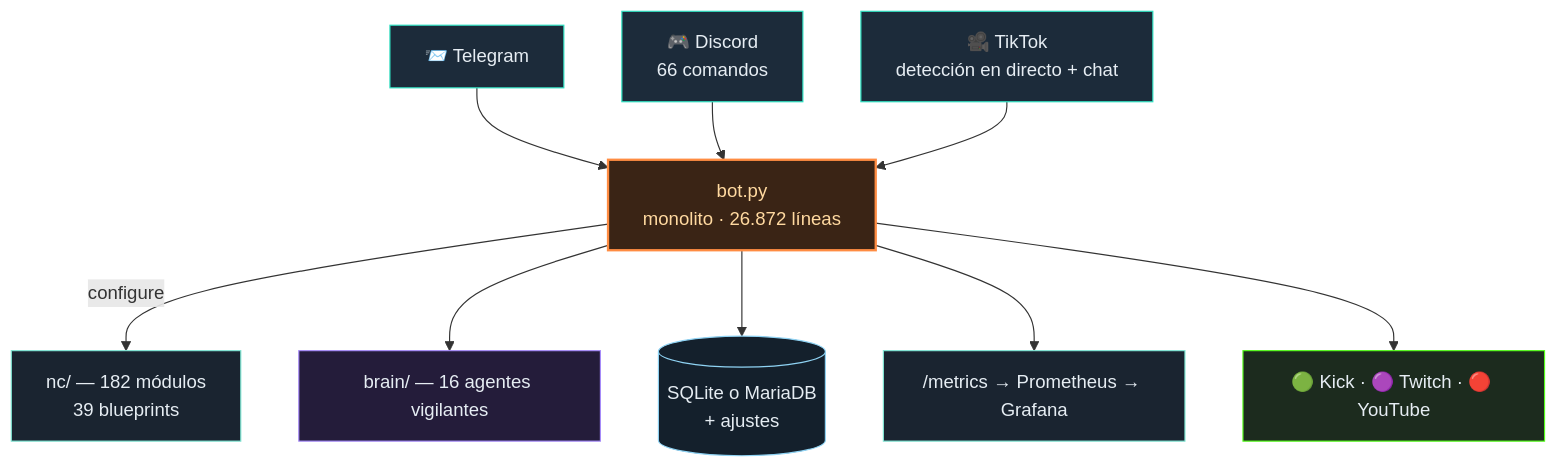
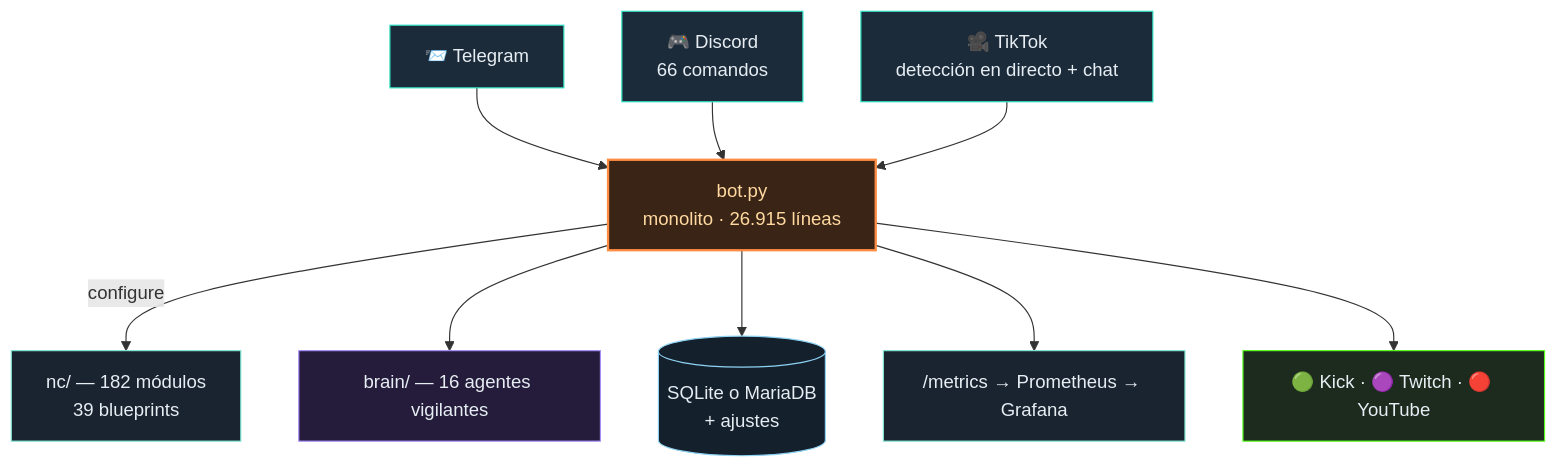
Before and after one commit to itsamemedev/Telegram-Stream-Info-Bot: the diagram in README.es.md, drawn with Mermaid. The commit also changed other lines of this file and 14 other files, not shown here.

````diff
--- a/README.es.md
+++ b/README.es.md
@@ -64,18 +64,18 @@
 ```mermaid
 flowchart TB
     TG["📨 Telegram"]:::ein --> BOT
     DC["🎮 Discord<br/>66 comandos"]:::ein --> BOT
     TT["🎥 TikTok<br/>detección en directo + chat"]:::ein --> BOT
-    BOT["bot.py<br/>monolito · 26.872 líneas"]:::core
+    BOT["bot.py<br/>monolito · 26.915 líneas"]:::core
     BOT -->|configure| NC["nc/ — 182 módulos<br/>39 blueprints"]:::lib
     BOT --> BRAIN["brain/ — 16 agentes vigilantes"]:::brain
     BOT --> DB[("SQLite o MariaDB<br/>+ ajustes")]:::db
     BOT --> PROM["/metrics → Prometheus → Grafana"]:::lib
     BOT --> OUT["🟢 Kick · 🟣 Twitch · 🔴 YouTube"]:::out
     classDef ein fill:#1c2b3a,stroke:#2de1c2,color:#e6edf3
     classDef core fill:#3a2415,stroke:#ff8c42,stroke-width:2px,color:#ffd9a0
     classDef lib fill:#1a2430,stroke:#7fe7d4,color:#e6edf3
     classDef brain fill:#241c3a,stroke:#a78bfa,color:#e6edf3
     classDef db fill:#14202c,stroke:#8fd3f4,color:#e6edf3
     classDef out fill:#1c2b1e,stroke:#53fc18,color:#e6edf3
 ```
````
